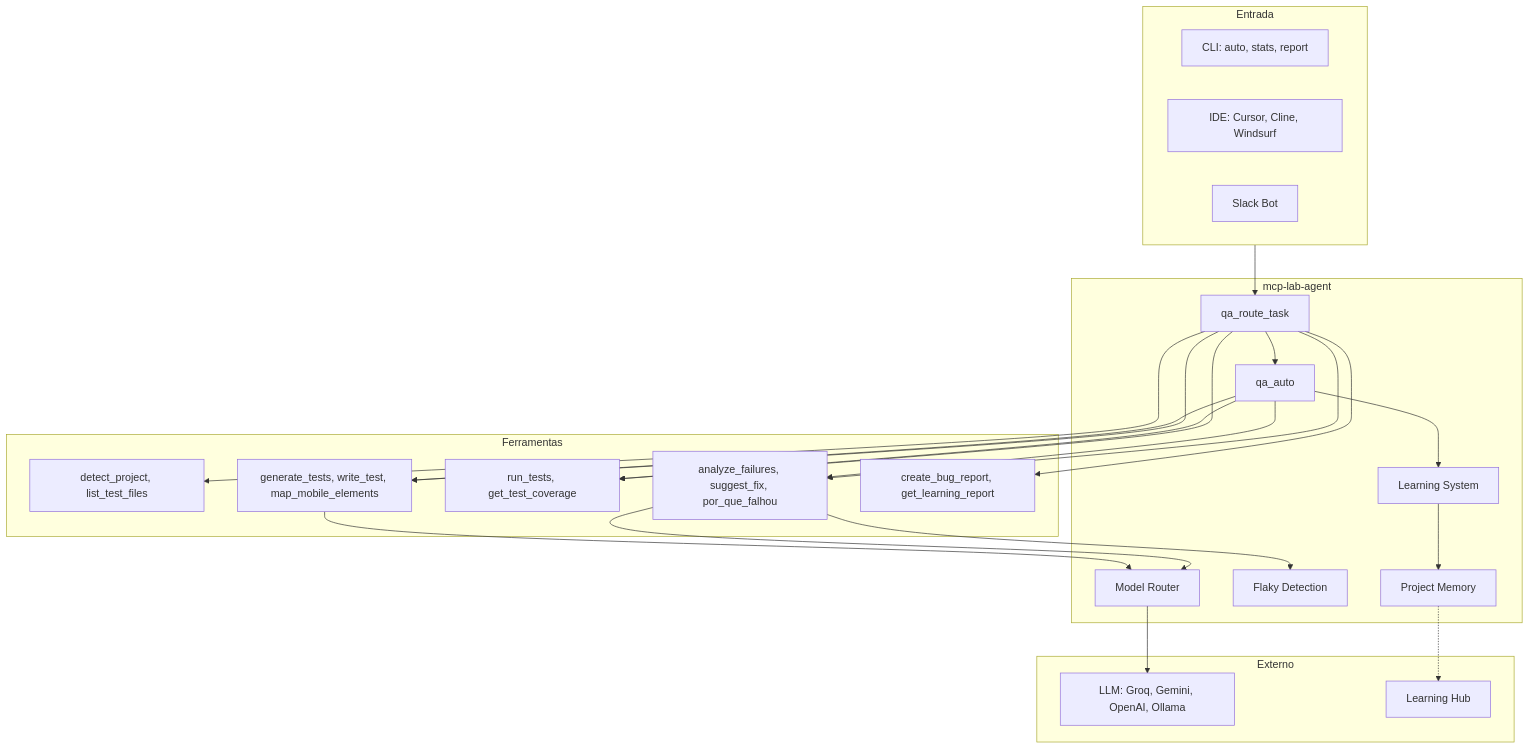
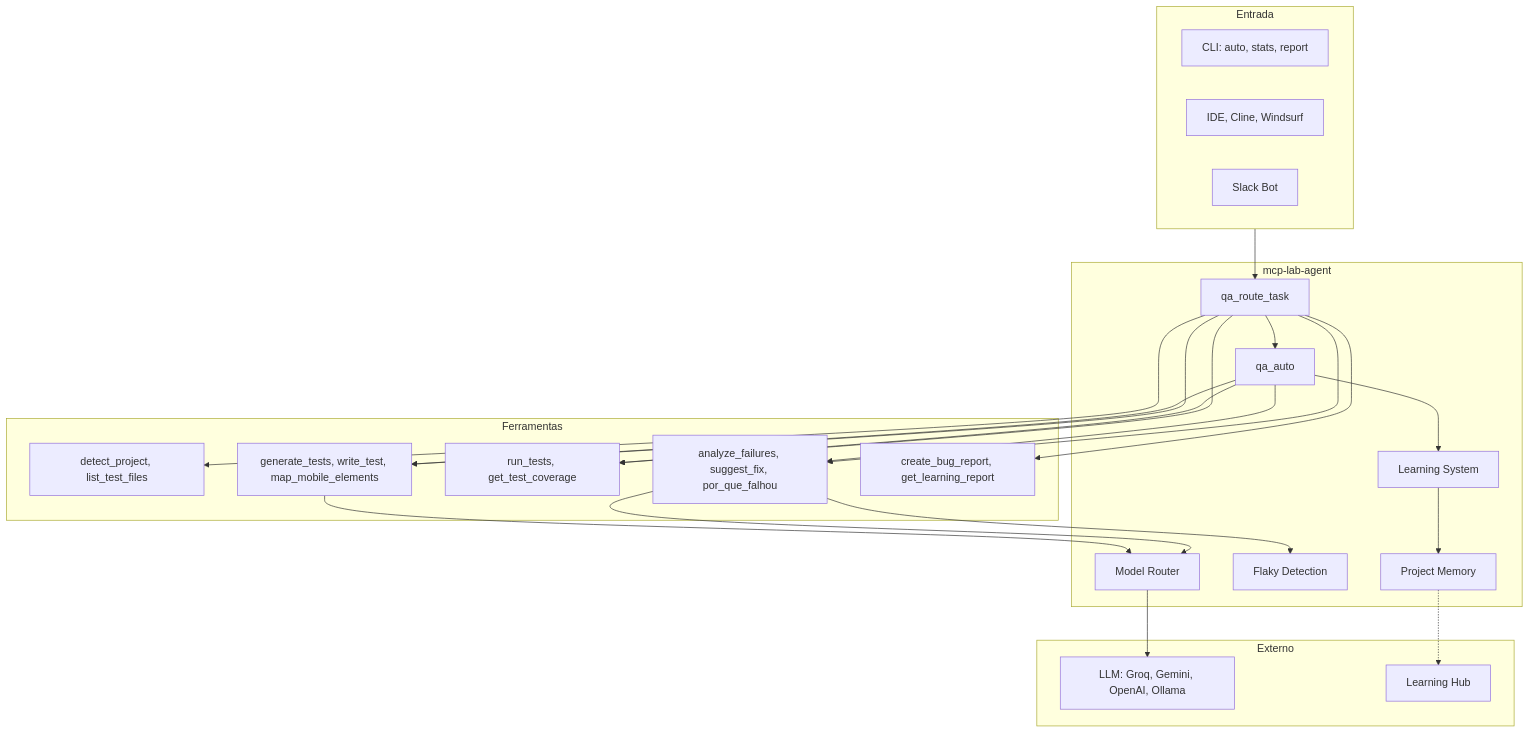
The diagram in README.md (Wesley-Gomes93/qa-lab-agent-mcp), drawn with Mermaid before and after one commit. The commit also changed other lines of this file and 33 other files, not shown here.

````diff
--- a/README.md
+++ b/README.md
@@ -220,39 +220,39 @@
 ```mermaid
 flowchart TB
     subgraph Input["Entrada"]
         CLI[CLI: auto, stats, report]
-        IDE[IDE: Cursor, Cline, Windsurf]
+        IDE[IDE, Cline, Windsurf]
         Slack[Slack Bot]
     end
 
     subgraph Agent["mcp-lab-agent"]
         Router[qa_route_task]
         Auto[qa_auto]
         MR[Model Router]
         FD[Flaky Detection]
         PM[Project Memory]
         LS[Learning System]
     end
 
     subgraph Tools["Ferramentas"]
         D[detect_project, list_test_files]
         G[generate_tests, write_test, map_mobile_elements]
         E[run_tests, get_test_coverage]
         A[analyze_failures, suggest_fix, por_que_falhou]
         R[create_bug_report, get_learning_report]
     end
 
     subgraph Ext["Externo"]
         LLM[LLM: Groq, Gemini, OpenAI, Ollama]
         Hub[Learning Hub]
     end
 
     Input --> Router
     Router --> Auto
     Auto --> G & E & A
     G & A --> MR --> LLM
     A --> FD
     Auto --> LS --> PM
     PM -.-> Hub
     Router --> D & G & E & A & R
 ```
````
